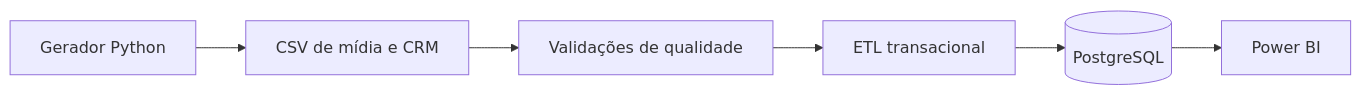
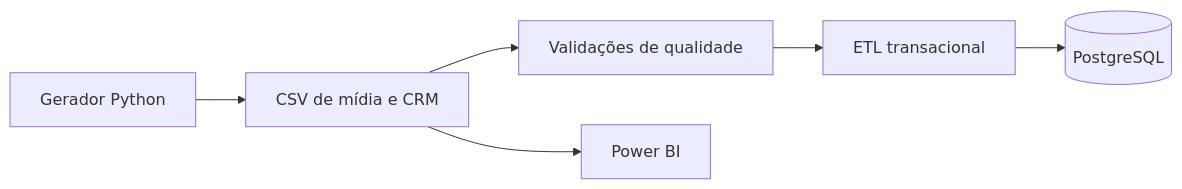
Before and after one commit to jctorres94/torres-motos-analytics: the diagram in README.md, drawn with Mermaid. The commit also changed other lines of this file and 59 other files, not shown here.

````diff
--- a/README.md
+++ b/README.md
@@ -9,8 +9,8 @@
 ```mermaid
 flowchart LR
     A[Gerador Python] --> B[CSV de mídia e CRM]
     B --> C[Validações de qualidade]
     C --> D[ETL transacional]
     D --> E[(PostgreSQL)]
-    E --> F[Power BI]
+    B --> F[Power BI]
 ```
````
